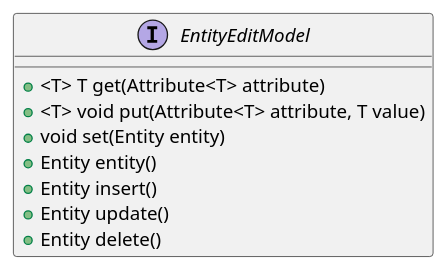
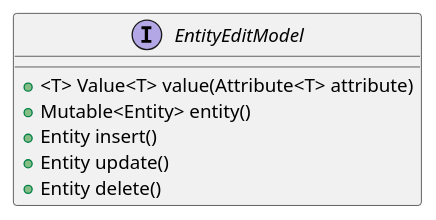
Before and after one commit to codion-is/codion: the diagram in documentation/src/docs/asciidoc/manual/framework-entity-edit-model.adoc, drawn with PlantUML. The commit also changed other lines of this file and 20 other files, not shown here.

Commit message:
EntityEditModel.entity() now Mutable based

```diff
--- a/documentation/src/docs/asciidoc/manual/framework-entity-edit-model.adoc
+++ b/documentation/src/docs/asciidoc/manual/framework-entity-edit-model.adoc
@@ -5,14 +5,12 @@
 [plantuml,entity-edit-model-diagram,svg,align=center]
 -------------------------------------------
 skinparam genericDisplay old
 
 interface EntityEditModel {
-    +<T> T get(Attribute<T> attribute)
-    +<T> void put(Attribute<T> attribute, T value)
-    +void set(Entity entity)
-    +Entity entity()
+    +<T> Value<T> value(Attribute<T> attribute)
+    +Mutable<Entity> entity()
     +Entity insert()
     +Entity update()
     +Entity delete()
 }
 -------------------------------------------
```
